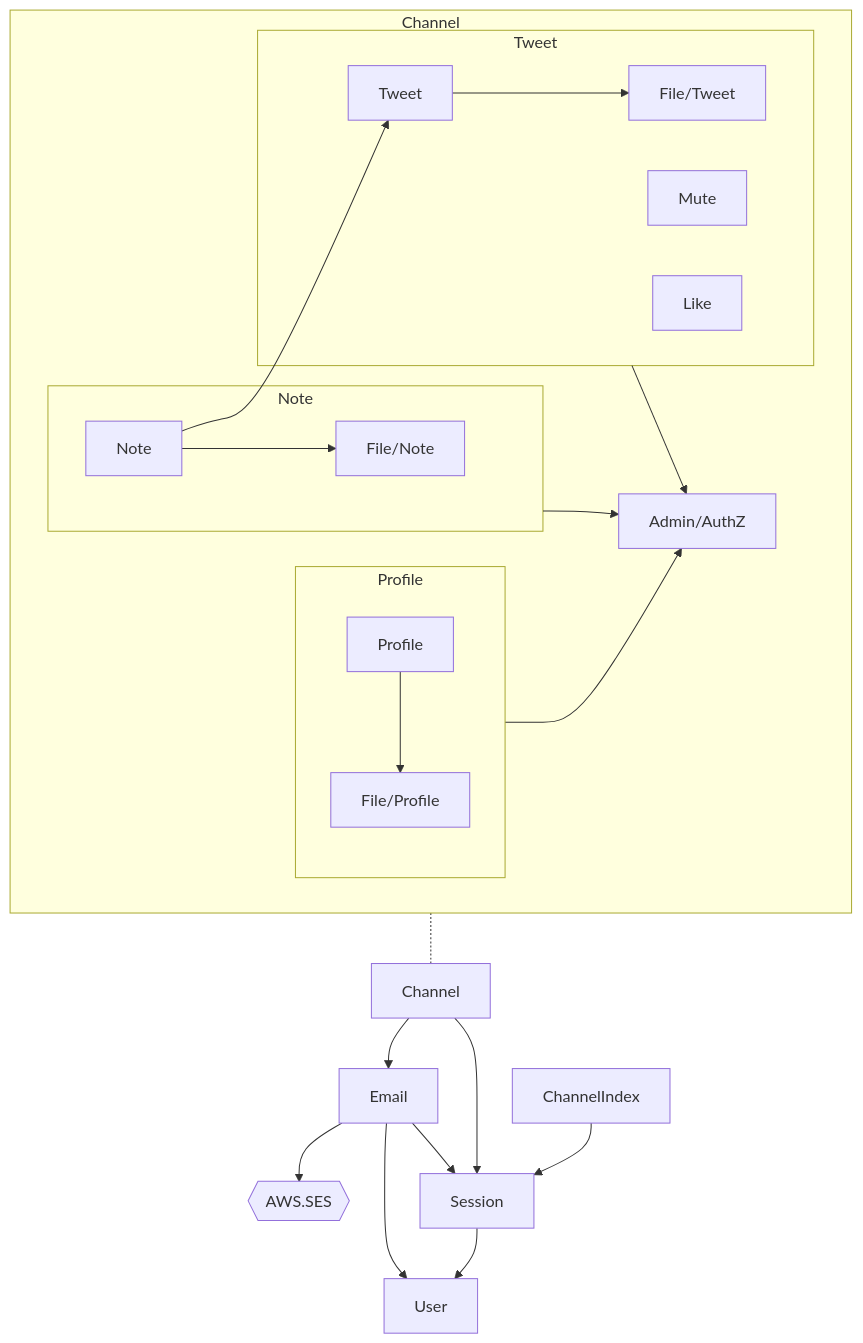
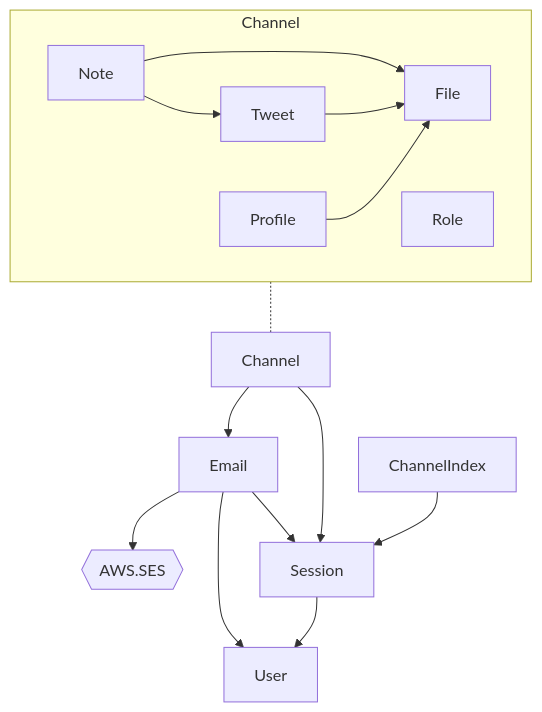
One commit to tappoy/jns changed the diagram in microservice/README.md. Above: the diagram before and after it, drawn with Mermaid. The commit also changed other lines of this file and 3 other files, not shown here.

````diff
--- a/microservice/README.md
+++ b/microservice/README.md
@@ -22,37 +10,24 @@
 ```mermaid
 flowchart
 
 User
 Email --> User
 Email --> AWS.SES{{AWS.SES}}
 Email --> Session
 
 Session --> User
 ChannelAlias[Channel] --> Session
 
 subgraph Channel
-    Admin[Admin/AuthZ]
+    Note --> File
     Note --> Tweet
-    subgraph NoteGroup[Note]
-        Note --> Note-Image[File/Note]
-    end
-    subgraph ProfileGroup[Profile]
-        Profile --> Profile-Image[File/Profile]
-    end
-    subgraph TweetGroup[Tweet]
-        Tweet --> Tweet-Image[File/Tweet]
-        Mute
-        Like
-    end
-    NoteGroup --> Admin
-    ProfileGroup --> Admin
-    TweetGroup --> Admin
+    Tweet --> File
+    Profile --> File
+    Role
 end
-
 
 Channel -.- ChannelAlias
 ChannelAlias --> Email
 
 ChannelIndex --> Session
-
 ```
````
